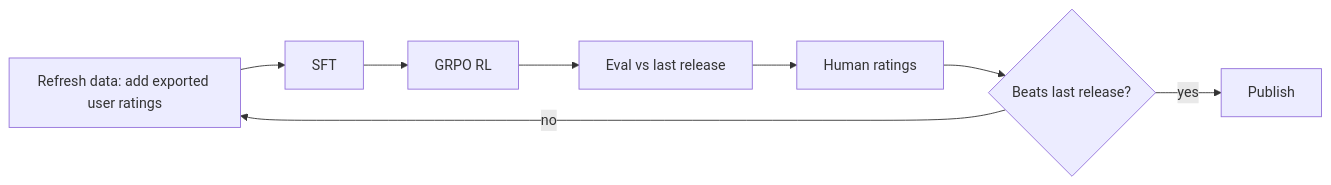
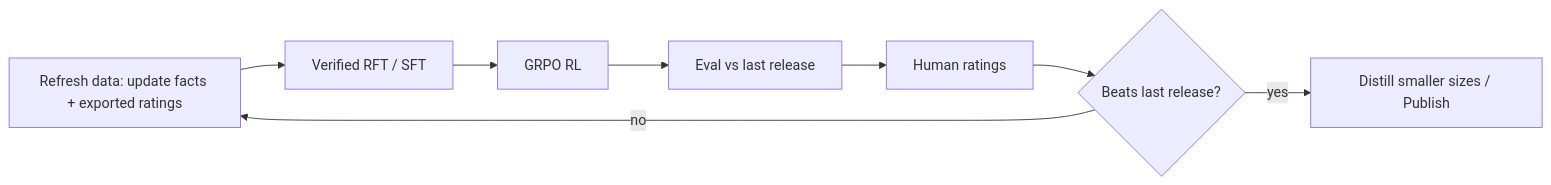
One commit to kleinebossie/second changed the third of 3 diagrams in PLAN.md. Above: the diagram before and after it, drawn with Mermaid. The commit also changed other lines of this file and 94 other files, not shown here.

````diff
--- a/PLAN.md
+++ b/PLAN.md
@@ -564,10 +541,10 @@
 ```mermaid
 flowchart LR
-    A["Refresh data: add exported user ratings"] --> B["SFT"]
+    A["Refresh data: update facts + exported ratings"] --> B["Verified RFT / SFT"]
     B --> C["GRPO RL"]
     C --> D["Eval vs last release"]
     D --> E["Human ratings"]
     E --> F{"Beats last release?"}
-    F -- yes --> G["Publish"]
+    F -- yes --> G["Distill smaller sizes / Publish"]
     F -- no --> A
 ```
````
